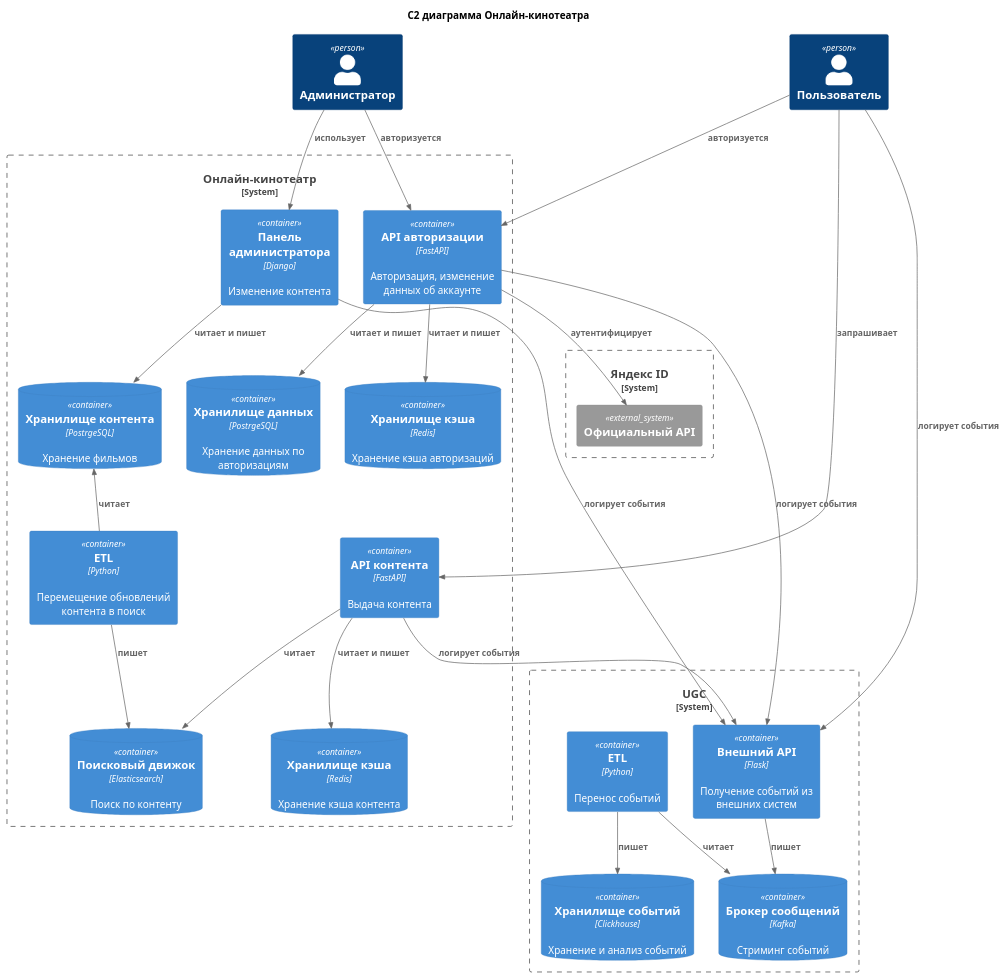
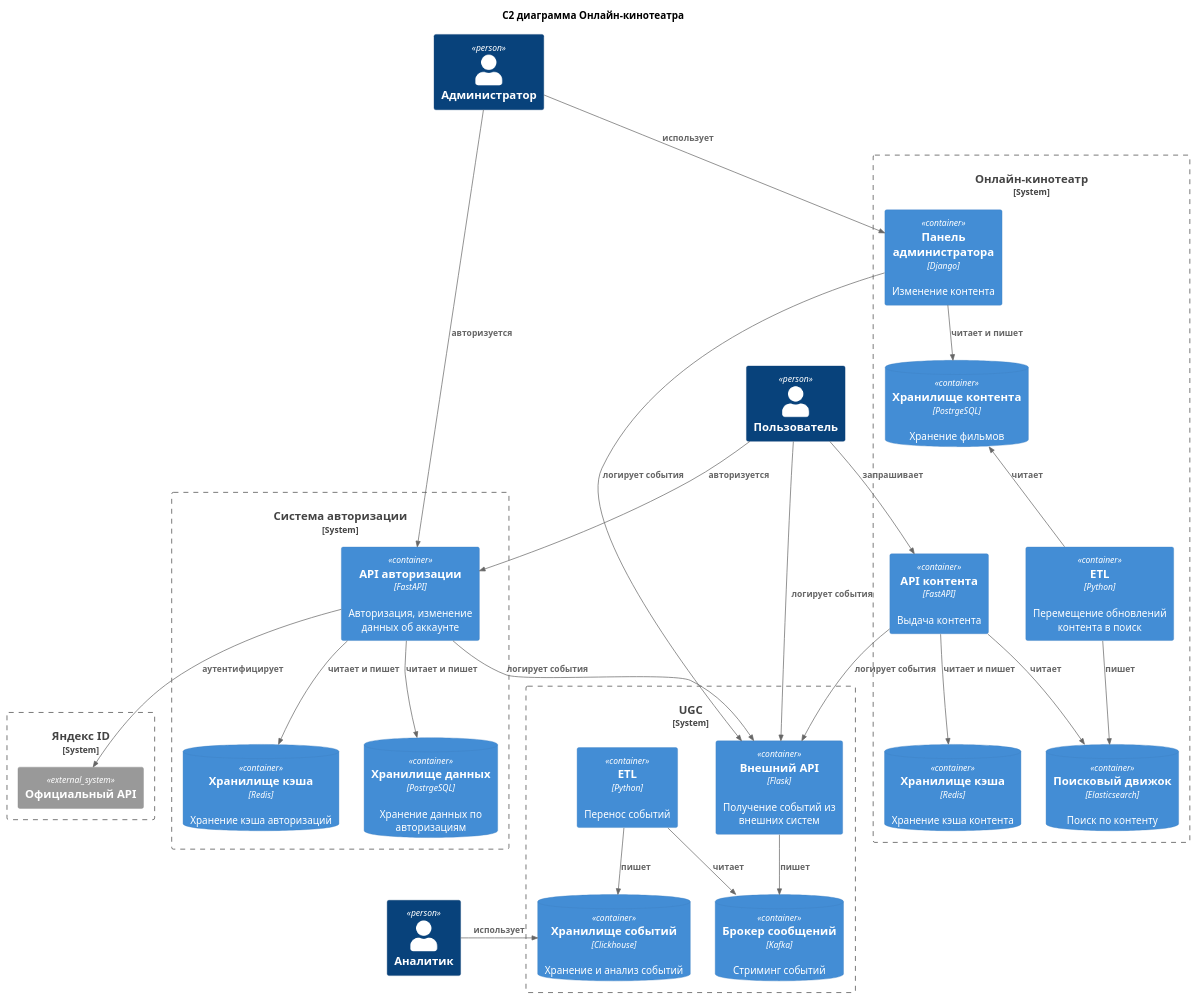
The diagram in docs/c2_system.puml (Ezereul/ugc_sprint_1), drawn with PlantUML before and after one commit.

Commit message:
Separated Auth system + new person Analytic

```diff
--- a/docs/c2_system.puml
+++ b/docs/c2_system.puml
@@ -1,63 +1,70 @@
 @startuml
 !includeurl https://raw.githubusercontent.com/RicardoNiepel/C4-PlantUML/master/C4_Container.puml
 
 title C2 диаграмма Онлайн-кинотеатра
 
 System_Boundary(yandex, "Яндекс ID") {
     System_Ext(ya_official_api, "Официальный API")
 }
 
 Person(admin, "Администратор")
 Person(user, "Пользователь")
+Person(analytic, "Аналитик")
 
 System_Boundary(ugc, "UGC") {
     Container(ugc_flask, "Внешний API", "Flask", "Получение событий из внешних систем")
     ContainerDb(ugc_kafka, "Брокер сообщений", "Kafka", "Стриминг событий")
     Container(ugc_etl, "ETL", "Python", "Перенос событий")
     ContainerDb(ugc_clickhouse, "Хранилище событий", "Clickhouse", "Хранение и анализ событий")
 }
 
+System_Boundary(auth, "Система авторизации") {
+    Container(auth_api, "API авторизации", "FastAPI", "Авторизация, изменение данных об аккаунте")
+
+    ContainerDb(auth_redis, "Хранилище кэша", "Redis", "Хранение кэша авторизаций")
+    ContainerDb(auth_database, "Хранилище данных", "PostrgeSQL", "Хранение данных по авторизациям")
+}
+
 System_Boundary(cinema, "Онлайн-кинотеатр") {
     Container(movies_admin, "Панель администратора", "Django", "Изменение контента")
     Container(movies_etl, "ETL", "Python", "Перемещение обновлений контента в поиск")
     Container(movies_api, "API контента", "FastAPI", "Выдача контента")
-    Container(auth_api, "API авторизации", "FastAPI", "Авторизация, изменение данных об аккаунте")
 
     ContainerDb(movies_database, "Хранилище контента", "PostrgeSQL", "Хранение фильмов")
     ContainerDb(movies_elastic, "Поисковый движок", "Elasticsearch", "Поиск по контенту")
     ContainerDb(movies_redis, "Хранилище кэша", "Redis", "Хранение кэша контента")
-    ContainerDb(auth_redis, "Хранилище кэша", "Redis", "Хранение кэша авторизаций")
-    ContainerDb(auth_database, "Хранилище данных", "PostrgeSQL", "Хранение данных по авторизациям")
 }
 
 Rel(user, auth_api, "авторизуется")
 Rel(user, movies_api, "запрашивает")
 
 Rel(admin, auth_api, "авторизуется")
 Rel(admin, movies_admin, "использует")
+
+Rel_R(analytic, ugc_clickhouse, "использует")
 
 Rel(auth_api, ya_official_api, "аутентифицирует")
 Rel(auth_api, auth_redis, "читает и пишет")
 Rel_D(auth_api, auth_database, "читает и пишет")
 
 Rel(movies_admin, movies_database, "читает и пишет")
 
 Rel_U(movies_etl, movies_database, "читает")
 Rel(movies_etl, movies_elastic, "пишет")
 
 Rel(movies_api, movies_elastic, "читает")
 Rel(movies_api, movies_redis, "читает и пишет")
 
 
 Rel(ugc_flask, ugc_kafka, "пишет")
 Rel(ugc_etl, ugc_kafka, "читает")
 Rel(ugc_etl, ugc_clickhouse, "пишет")
 
 
 Rel(user, ugc_flask, "логирует события")
 Rel(movies_api, ugc_flask, "логирует события")
 Rel(auth_api, ugc_flask, "логирует события")
 Rel(movies_admin, ugc_flask, "логирует события")
 
 
 @enduml
```
